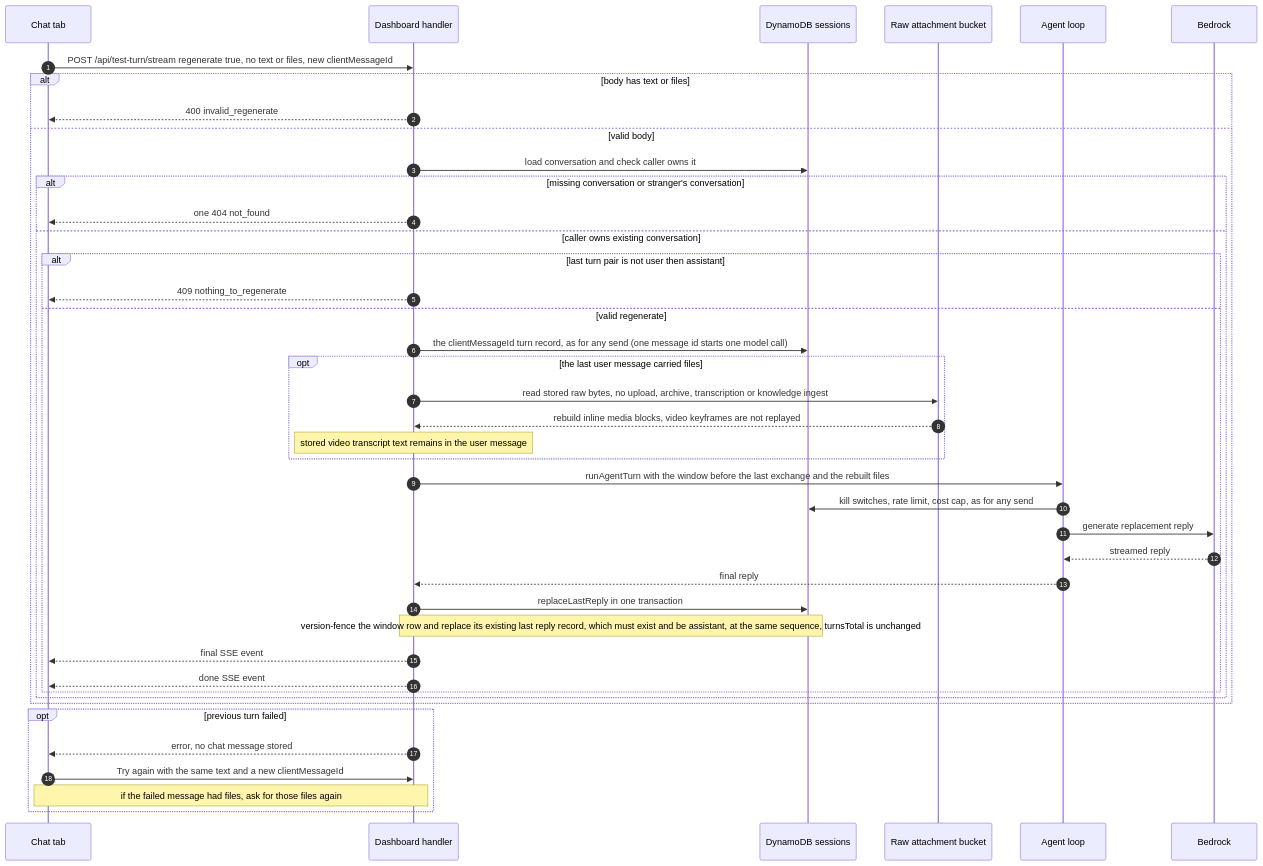
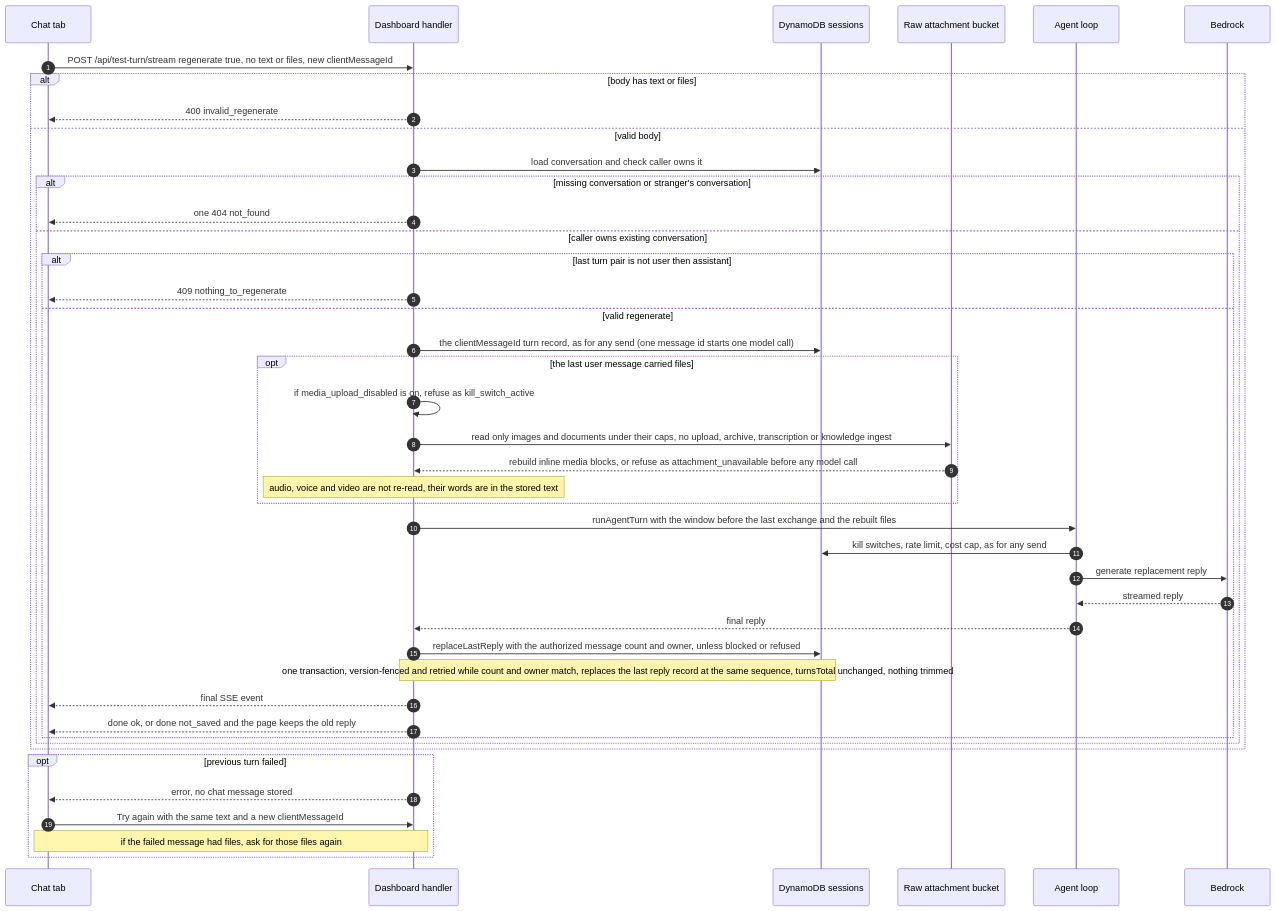
The fifth of 5 diagrams in docs/diagrams/request-lifecycle.md (Adams-Captial-Holdings-Ltd/Netzer-Labs), drawn with Mermaid before and after one commit. The commit also changed other lines of this file and 1 other file, not shown here.

Commit message:
docs: P6 the two diagrams follow the review fixes
The security bullet now says a regenerate's save retries a version race while
the conversation is the one it answered, states the title rule it shares with
artifacts, the files a regenerate re-reads and the identity-keyed drafts; the
lifecycle diagram draws the media kill switch, the files that are re-read, the
attachment-unavailable refusal, the authorized count and owner on the save,
no trim, the memory rewind, not_saved for a blocked or refused regenerate, and
the outbound scan on the stopped text. Each sentence read against the source.

````diff
--- a/docs/diagrams/request-lifecycle.md
+++ b/docs/diagrams/request-lifecycle.md
@@ -145,45 +145,46 @@
 ```mermaid
 sequenceDiagram
   autonumber
   participant U as Chat tab
   participant H as Dashboard handler
   participant D as DynamoDB sessions
   participant S as Raw attachment bucket
   participant L as Agent loop
   participant B as Bedrock
 
   U->>H: POST /api/test-turn/stream regenerate true, no text or files, new clientMessageId
   alt body has text or files
     H-->>U: 400 invalid_regenerate
   else valid body
     H->>D: load conversation and check caller owns it
     alt missing conversation or stranger's conversation
       H-->>U: one 404 not_found
     else caller owns existing conversation
       alt last turn pair is not user then assistant
         H-->>U: 409 nothing_to_regenerate
       else valid regenerate
         H->>D: the clientMessageId turn record, as for any send (one message id starts one model call)
         opt the last user message carried files
-          H->>S: read stored raw bytes, no upload, archive, transcription or knowledge ingest
-          S-->>H: rebuild inline media blocks, video keyframes are not replayed
-          Note over H: stored video transcript text remains in the user message
+          H->>H: if media_upload_disabled is on, refuse as kill_switch_active
+          H->>S: read only images and documents under their caps, no upload, archive, transcription or knowledge ingest
+          S-->>H: rebuild inline media blocks, or refuse as attachment_unavailable before any model call
+          Note over H: audio, voice and video are not re-read, their words are in the stored text
         end
         H->>L: runAgentTurn with the window before the last exchange and the rebuilt files
         L->>D: kill switches, rate limit, cost cap, as for any send
         L->>B: generate replacement reply
         B-->>L: streamed reply
         L-->>H: final reply
-        H->>D: replaceLastReply in one transaction
-        Note over H,D: version-fence the window row and replace its existing last reply record, which must exist and be assistant, at the same sequence, turnsTotal is unchanged
+        H->>D: replaceLastReply with the authorized message count and owner, unless blocked or refused
+        Note over H,D: one transaction, version-fenced and retried while count and owner match, replaces the last reply record at the same sequence, turnsTotal unchanged, nothing trimmed
         H-->>U: final SSE event
-        H-->>U: done SSE event
+        H-->>U: done ok, or done not_saved and the page keeps the old reply
       end
     end
   end
   opt previous turn failed
     H-->>U: error, no chat message stored
     U->>H: Try again with the same text and a new clientMessageId
     Note over U,H: if the failed message had files, ask for those files again
   end
 ```
````
